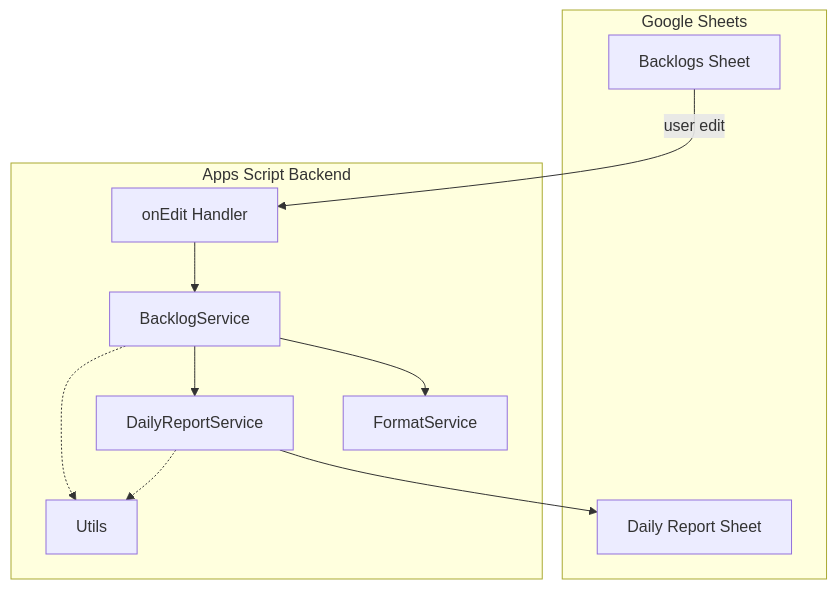
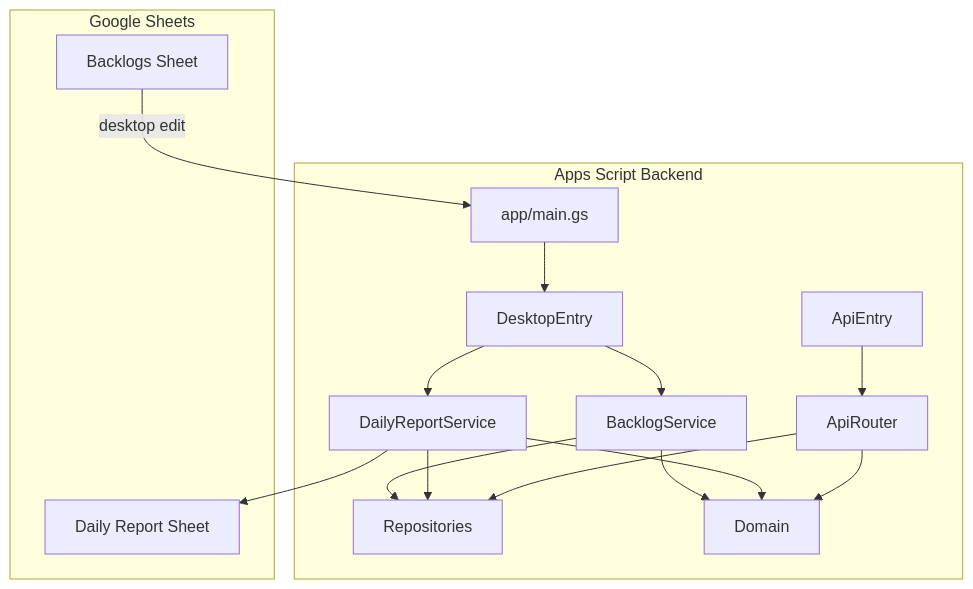
Before and after one commit to the-khiem7/SheetFlow: the second of 3 diagrams in README.md, drawn with Mermaid. The commit also changed other lines of this file, not shown here.

Commit message:
feat(docs): update architecture diagram and project structure documentation
- Redesign Apps Script backend architecture with layered structure (app, api, domain, repositories, services)
- Update Mermaid flowchart to reflect new component relationships and data flow
- Rename GitHub Actions deployment target from 'clasp push' to 'SheetFlow.AppScript/clasp push'
- Restructure source code organization with dedicated folders for each architectural layer
- Add Vietnamese comments for test file instructions
- Update architecture document description to emphasize layered design

````diff
--- a/README.md
+++ b/README.md
@@ -33,23 +33,32 @@
 ```mermaid
 flowchart TD
     subgraph Google Sheets
         BL[Backlogs Sheet]
         DR[Daily Report Sheet]
     end
 
     subgraph Apps Script Backend
-        EH[onEdit Handler]
+        MAIN[app/main.gs]
+        DE[DesktopEntry]
+        AE[ApiEntry]
         BS[BacklogService]
-        FS[FormatService]
         DRS[DailyReportService]
-        U[Utils]
+        AR[ApiRouter]
+        REP[Repositories]
+        DOM[Domain]
     end
 
-    BL -- user edit --> EH
-    EH --> BS
-    BS --> FS
-    BS --> DRS
+    BL -- desktop edit --> MAIN
+    MAIN --> DE
+    DE --> BS
+    DE --> DRS
+    BS --> REP
+    BS --> DOM
+    DRS --> REP
+    DRS --> DOM
     DRS --> DR
-    BS -.-> U
-    DRS -.-> U
+
+    AE --> AR
+    AR --> REP
+    AR --> DOM
 ```
````
